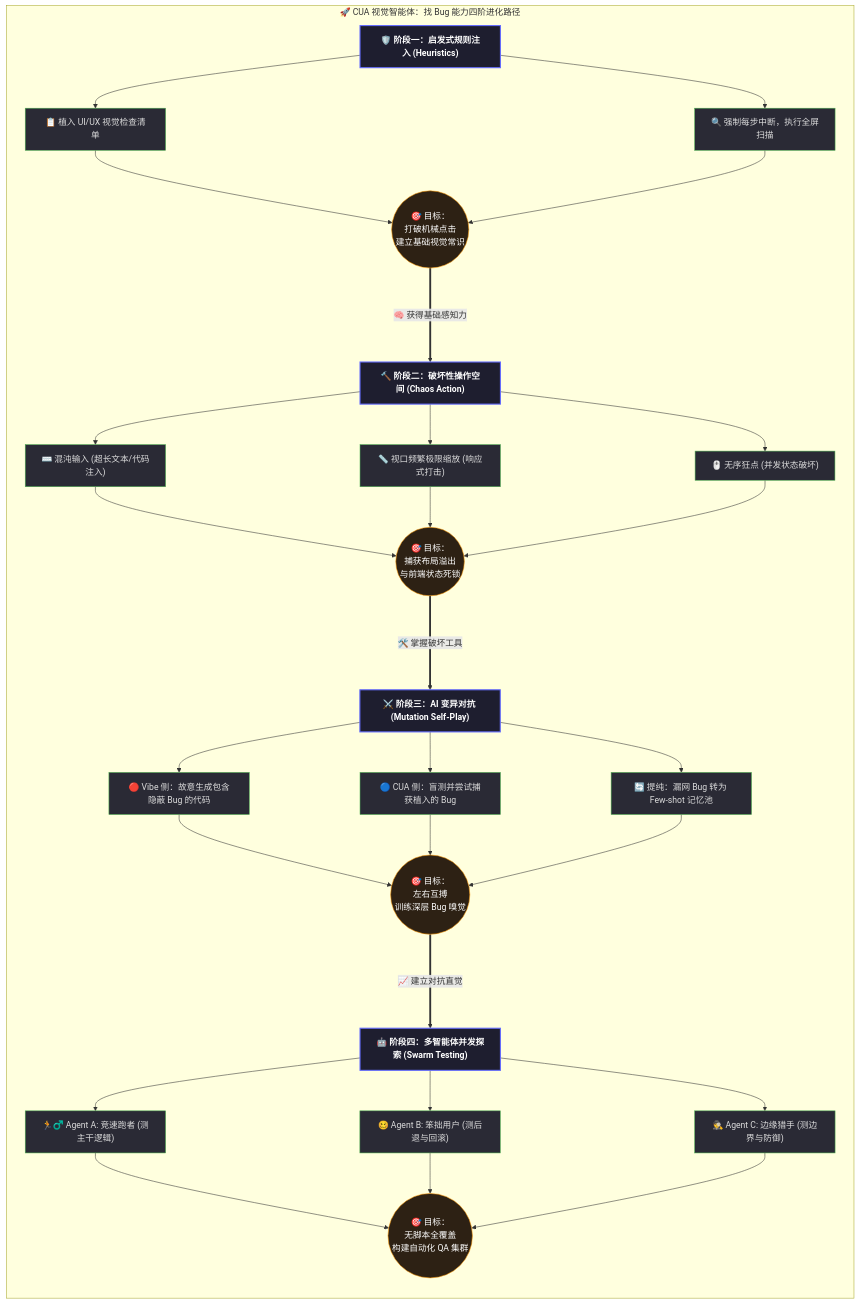
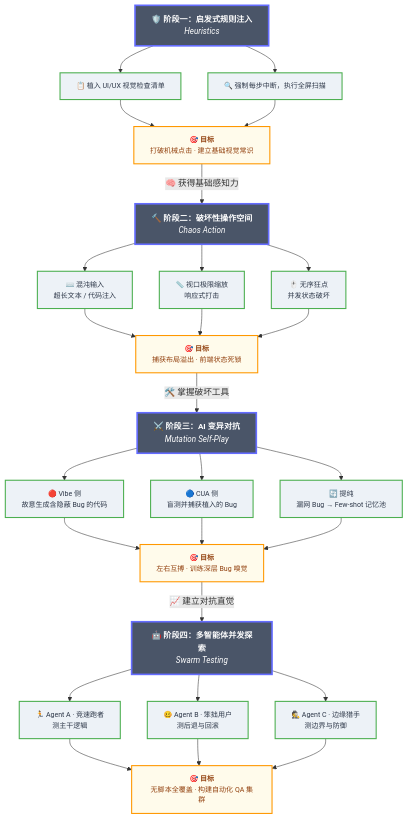
One commit to labradorsedsota/cua-diagram changed the diagram in README.md. Above: the diagram before and after it, drawn with Mermaid.

Commit message:
optimize: improve readability and contrast for GitHub rendering

````diff
--- a/README.md
+++ b/README.md
@@ -3,47 +3,73 @@
 ```mermaid
-graph TB
-    classDef stage fill:#1e1e2f,stroke:#646cff,stroke-width:2px,color:#fff,font-weight:bold;
-    classDef action fill:#2a2a35,stroke:#4caf50,stroke-width:1px,color:#ddd;
-    classDef goal fill:#2d2114,stroke:#ff9800,stroke-width:1px,color:#fff;
-    classDef flow fill:none,stroke:none,color:#646cff,font-weight:bold,font-size:16px;
+graph TD
+    %% ===== 阶段一 =====
+    S1["<b>🛡️ 阶段一：启发式规则注入</b><br/><i>Heuristics</i>"]
+    A1["📋 植入 UI/UX 视觉检查清单"]
+    A2["🔍 强制每步中断，执行全屏扫描"]
+    G1["🎯 <b>目标</b><br/>打破机械点击 · 建立基础视觉常识"]
 
-    subgraph Agentic_TDD_Bootstrapping ["🚀 CUA 视觉智能体：找 Bug 能力四阶进化路径"]
-        direction TB
+    S1 --> A1
+    S1 --> A2
+    A1 --> G1
+    A2 --> G1
 
-        %% Stage 1
-        S1["🛡️ 阶段一：启发式规则注入 (Heuristics)"]:::stage
-        A1["📋 植入 UI/UX 视觉检查清单"]:::action
-        A2["🔍 强制每步中断，执行全屏扫描"]:::action
-        G1(("🎯 目标：<br>打破机械点击<br>建立基础视觉常识")):::goal
+    %% ===== 过渡 =====
+    G1 -->|"🧠 获得基础感知力"| S2
 
-        %% Stage 2
-        S2["🔨 阶段二：破坏性操作空间 (Chaos Action)"]:::stage
-        B1["⌨️ 混沌输入 (超长文本/代码注入)"]:::action
-        B2["📏 视口频繁极限缩放 (响应式打击)"]:::action
-        B3["🖱️ 无序狂点 (并发状态破坏)"]:::action
-        G2(("🎯 目标：<br>捕获布局溢出<br>与前端状态死锁")):::goal
+    %% ===== 阶段二 =====
+    S2["<b>🔨 阶段二：破坏性操作空间</b><br/><i>Chaos Action</i>"]
+    B1["⌨️ 混沌输入<br/>超长文本 / 代码注入"]
+    B2["📏 视口极限缩放<br/>响应式打击"]
+    B3["🖱️ 无序狂点<br/>并发状态破坏"]
+    G2["🎯 <b>目标</b><br/>捕获布局溢出 · 前端状态死锁"]
 
-        %% Stage 3
-        S3["⚔️ 阶段三：AI 变异对抗 (Mutation Self-Play)"]:::stage
-        C1["🔴 Vibe 侧：故意生成包含隐蔽 Bug 的代码"]:::action
-        C2["🔵 CUA 侧：盲测并尝试捕获植入的 Bug"]:::action
-        C3["🔄 提纯：漏网 Bug 转为 Few-shot 记忆池"]:::action
-        G3(("🎯 目标：<br>左右互搏<br>训练深层 Bug 嗅觉")):::goal
+    S2 --> B1
+    S2 --> B2
+    S2 --> B3
+    B1 --> G2
+    B2 --> G2
+    B3 --> G2
 
-        %% Stage 4
-        S4["🤖 阶段四：多智能体并发探索 (Swarm Testing)"]:::stage
-        D1["🏃♂️ Agent A: 竞速跑者 (测主干逻辑)"]:::action
-        D2["🥴 Agent B: 笨拙用户 (测后退与回滚)"]:::action
-        D3["🕵️ Agent C: 边缘猎手 (测边界与防御)"]:::action
-        G4(("🎯 目标：<br>无脚本全覆盖<br>构建自动化 QA 集群")):::goal
+    %% ===== 过渡 =====
+    G2 -->|"🛠️ 掌握破坏工具"| S3
 
-        %% Connections
-        S1 --> A1 & A2 --> G1
-        G1 ===> |"🧠 获得基础感知力"| S2
-        S2 --> B1 & B2 & B3 --> G2
-        G2 ===> |"🛠️ 掌握破坏工具"| S3
-        S3 --> C1 & C2 & C3 --> G3
-        G3 ===> |"📈 建立对抗直觉"| S4
-        S4 --> D1 & D2 & D3 --> G4
-    end
+    %% ===== 阶段三 =====
+    S3["<b>⚔️ 阶段三：AI 变异对抗</b><br/><i>Mutation Self-Play</i>"]
+    C1["🔴 Vibe 侧<br/>故意生成含隐蔽 Bug 的代码"]
+    C2["🔵 CUA 侧<br/>盲测并捕获植入的 Bug"]
+    C3["🔄 提纯<br/>漏网 Bug → Few-shot 记忆池"]
+    G3["🎯 <b>目标</b><br/>左右互搏 · 训练深层 Bug 嗅觉"]
+
+    S3 --> C1
+    S3 --> C2
+    S3 --> C3
+    C1 --> G3
+    C2 --> G3
+    C3 --> G3
+
+    %% ===== 过渡 =====
+    G3 -->|"📈 建立对抗直觉"| S4
+
+    %% ===== 阶段四 =====
+    S4["<b>🤖 阶段四：多智能体并发探索</b><br/><i>Swarm Testing</i>"]
+    D1["🏃 Agent A · 竞速跑者<br/>测主干逻辑"]
+    D2["🥴 Agent B · 笨拙用户<br/>测后退与回滚"]
+    D3["🕵️ Agent C · 边缘猎手<br/>测边界与防御"]
+    G4["🎯 <b>目标</b><br/>无脚本全覆盖 · 构建自动化 QA 集群"]
+
+    S4 --> D1
+    S4 --> D2
+    S4 --> D3
+    D1 --> G4
+    D2 --> G4
+    D3 --> G4
+
+    %% ===== 样式定义 =====
+    classDef stage fill:#4a5568,stroke:#646cff,stroke-width:3px,color:#fff,font-size:15px
+    classDef action fill:#edf2f7,stroke:#4caf50,stroke-width:2px,color:#2d3748,font-size:13px
+    classDef goal fill:#fffbeb,stroke:#ff9800,stroke-width:2px,color:#92400e,font-size:13px
+
+    class S1,S2,S3,S4 stage
+    class A1,A2,B1,B2,B3,C1,C2,C3,D1,D2,D3 action
+    class G1,G2,G3,G4 goal
 ```
````
